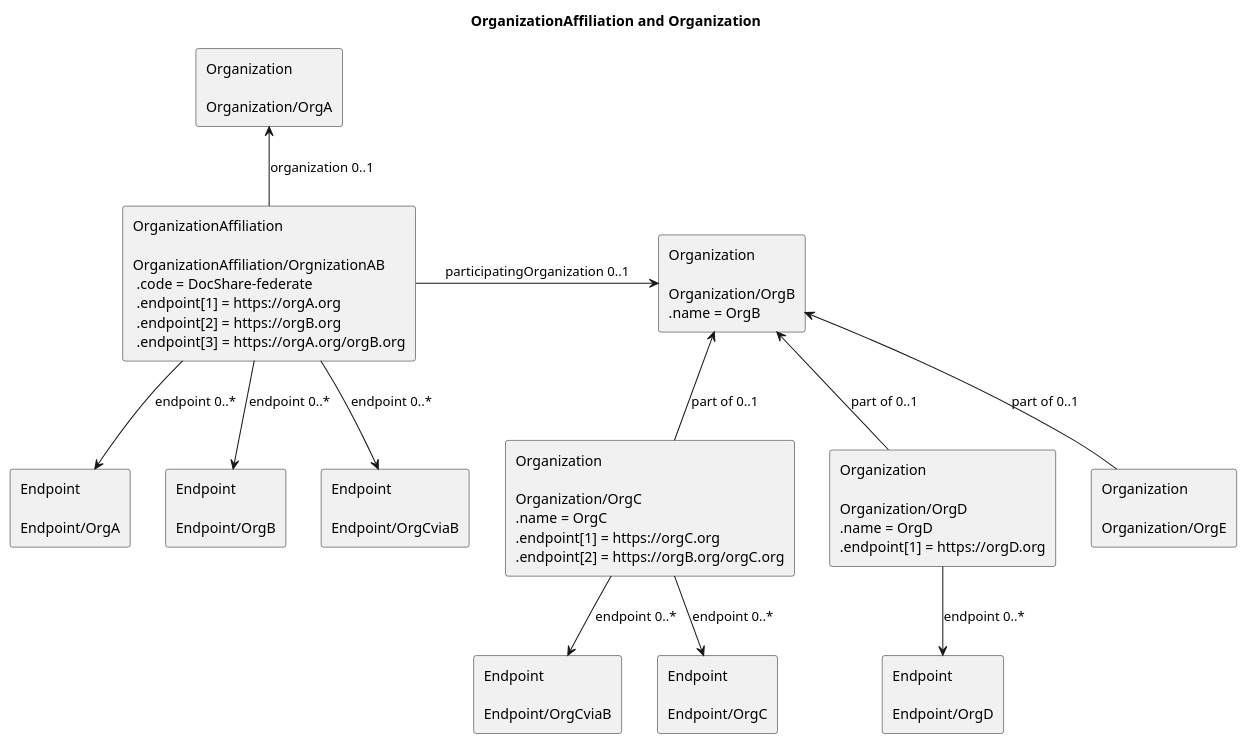
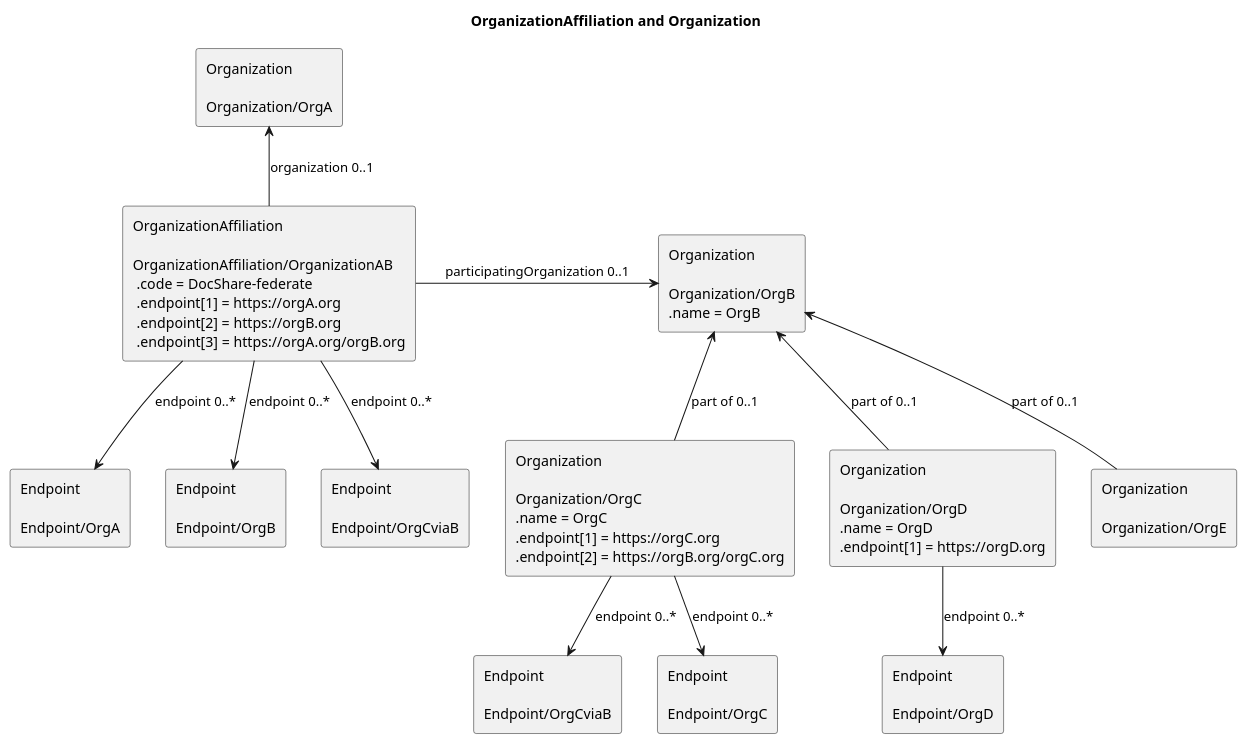
One commit to HL7/fhir-us-ndh changed the diagram in input/images-source/OrganizationAffiliationIHE2.plantuml. Above: the diagram before and after it, drawn with PlantUML. The commit also changed 14 other files, not shown here.

```diff
--- a/input/images-source/OrganizationAffiliationIHE2.plantuml
+++ b/input/images-source/OrganizationAffiliationIHE2.plantuml
@@ -1,92 +1,92 @@
 @startuml
 
 title OrganizationAffiliation and Organization 
 
 agent orgAf1 [
     OrganizationAffiliation
     
-    OrganizationAffiliation/OrgnizationAB
+    OrganizationAffiliation/OrganizationAB
      .code = DocShare-federate
      .endpoint[1] = https://orgA.org
      .endpoint[2] = https://orgB.org
      .endpoint[3] = https://orgA.org/orgB.org
 ]
 
 agent endpoint1 [
     Endpoint
 
     Endpoint/OrgA
 ]
 agent endpoint2 [
     Endpoint
 
     Endpoint/OrgB
 ]
 agent endpoint3 [
     Endpoint
 
     Endpoint/OrgC
 ]
 agent endpoint4 [
     Endpoint
 
     Endpoint/OrgCviaB
 ]
 agent endpoint5 [
     Endpoint
 
     Endpoint/OrgCviaB
 ]
 agent endpoint6 [
     Endpoint
 
     Endpoint/OrgD
 ]
 agent orgA [
     Organization
 
     Organization/OrgA
 ]
 agent orgB [
     Organization
 
     Organization/OrgB
     .name = OrgB
 ]
 agent orgC [
     Organization
 
     Organization/OrgC
     .name = OrgC
     .endpoint[1] = https://orgC.org
     .endpoint[2] = https://orgB.org/orgC.org
 ]
 agent orgD [
     Organization
 
     Organization/OrgD
     .name = OrgD
     .endpoint[1] = https://orgD.org
 ]
 agent orgE [
     Organization
 
     Organization/OrgE
 ]
 
 orgAf1 -up-> orgA : "organization 0..1"
 orgAf1 -right-> orgB : "participatingOrganization 0..1"
 orgAf1 -down-> endpoint1 : "endpoint 0..*"
 orgAf1 -down-> endpoint2 : "endpoint 0..*"
 orgAf1 -down-> endpoint4 : "endpoint 0..*"
 orgC -up-> orgB : "part of 0..1"
 orgD -up-> orgB : "part of 0..1"
 orgE -up-> orgB : "part of 0..1"
 orgC -down-> endpoint3 : "endpoint 0..*"
 orgC -down-> endpoint5 : "endpoint 0..*"
 orgD -down-> endpoint6 : "endpoint 0..*"
 
 
 
 
 @enduml
```
